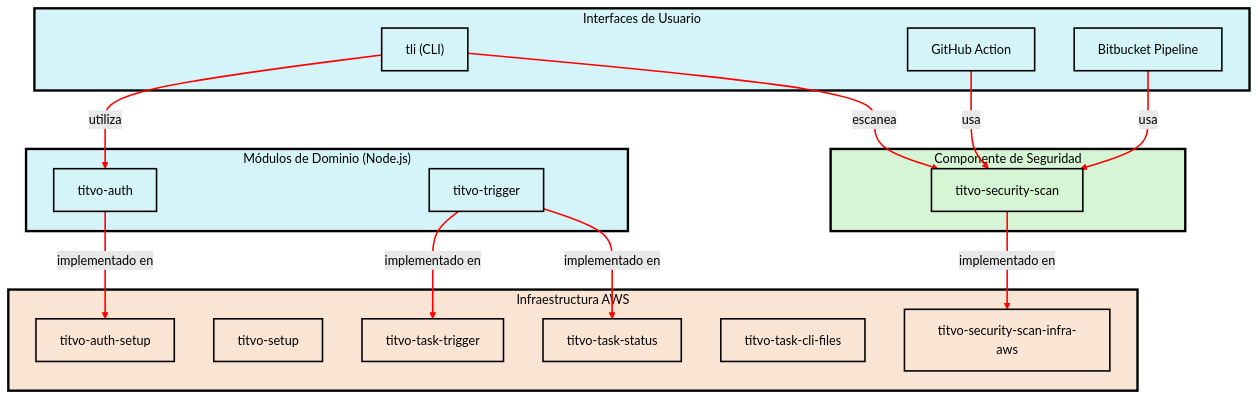
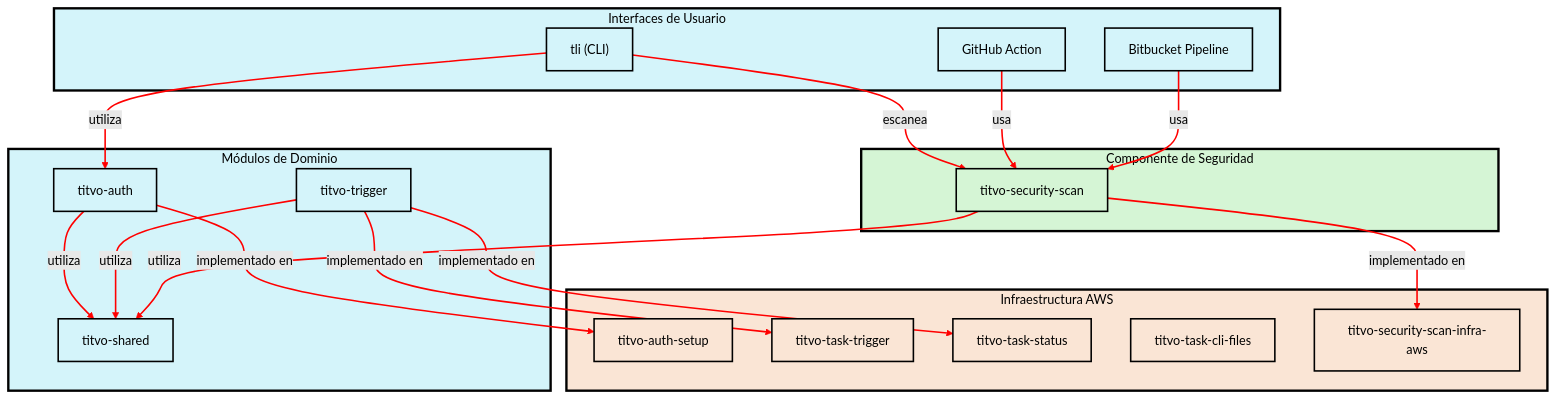
One commit to KaribuLab/titvo changed the diagram in README.md. Above: the diagram before and after it, drawn with Mermaid (forest theme). The commit also changed other lines of this file, not shown here.

Commit message:
docs: Actualización del README.md para incluir el módulo compartido titvo-shared en la sección de Módulos de Dominio y ajustes en el diagrama de arquitectura para reflejar esta nueva conexión.

````diff
--- a/README.md
+++ b/README.md
@@ -60,11 +60,11 @@
     
     style Auth fill:#d4f4fa,stroke:#000000,stroke-width:2px,color:#000000
     style Trigger fill:#d4f4fa,stroke:#000000,stroke-width:2px,color:#000000
+    style Shared fill:#d4f4fa,stroke:#000000,stroke-width:2px,color:#000000
     
     style Scan fill:#d5f5d5,stroke:#000000,stroke-width:2px,color:#000000
     
     style AuthSetup fill:#fae5d5,stroke:#000000,stroke-width:2px,color:#000000
-    style Setup fill:#fae5d5,stroke:#000000,stroke-width:2px,color:#000000
     style TaskTrigger fill:#fae5d5,stroke:#000000,stroke-width:2px,color:#000000
     style TaskStatus fill:#fae5d5,stroke:#000000,stroke-width:2px,color:#000000
     style TaskCliFiles fill:#fae5d5,stroke:#000000,stroke-width:2px,color:#000000
@@ -78,13 +78,13 @@
     %% Módulos de Dominio
     Auth["titvo-auth"]
     Trigger["titvo-trigger"]
+    Shared["titvo-shared"]
     
     %% Seguridad
     Scan["titvo-security-scan"]
     
     %% Infraestructura
     AuthSetup["titvo-auth-setup"]
-    Setup["titvo-setup"]
     TaskTrigger["titvo-task-trigger"]
     TaskStatus["titvo-task-status"]
     TaskCliFiles["titvo-task-cli-files"]
@@ -102,6 +102,11 @@
     
     Scan -- "implementado en" --> ScanInfra
     
+    %% Conexiones con titvo-shared
+    Auth -- "utiliza" --> Shared
+    Trigger -- "utiliza" --> Shared
+    Scan -- "utiliza" --> Shared
+    
     %% Etiquetas para los grupos
     subgraph Interfaces[" Interfaces de Usuario "]
         CLI
@@ -109,9 +114,10 @@
         BB
     end
     
-    subgraph Domain[" Módulos de Dominio (Node.js) "]
+    subgraph Domain[" Módulos de Dominio "]
         Auth
         Trigger
+        Shared
     end
     
     subgraph Security[" Componente de Seguridad "]
@@ -120,7 +126,6 @@
     
     subgraph Infra[" Infraestructura AWS "]
         AuthSetup
-        Setup
         TaskTrigger
         TaskStatus
         TaskCliFiles
@@ -141,4 +146,7 @@
     linkStyle 5 stroke:#FF0000,stroke-width:2px;
     linkStyle 6 stroke:#FF0000,stroke-width:2px;
     linkStyle 7 stroke:#FF0000,stroke-width:2px;
+    linkStyle 8 stroke:#FF0000,stroke-width:2px;
+    linkStyle 9 stroke:#FF0000,stroke-width:2px;
+    linkStyle 10 stroke:#FF0000,stroke-width:2px;
 ```
````
